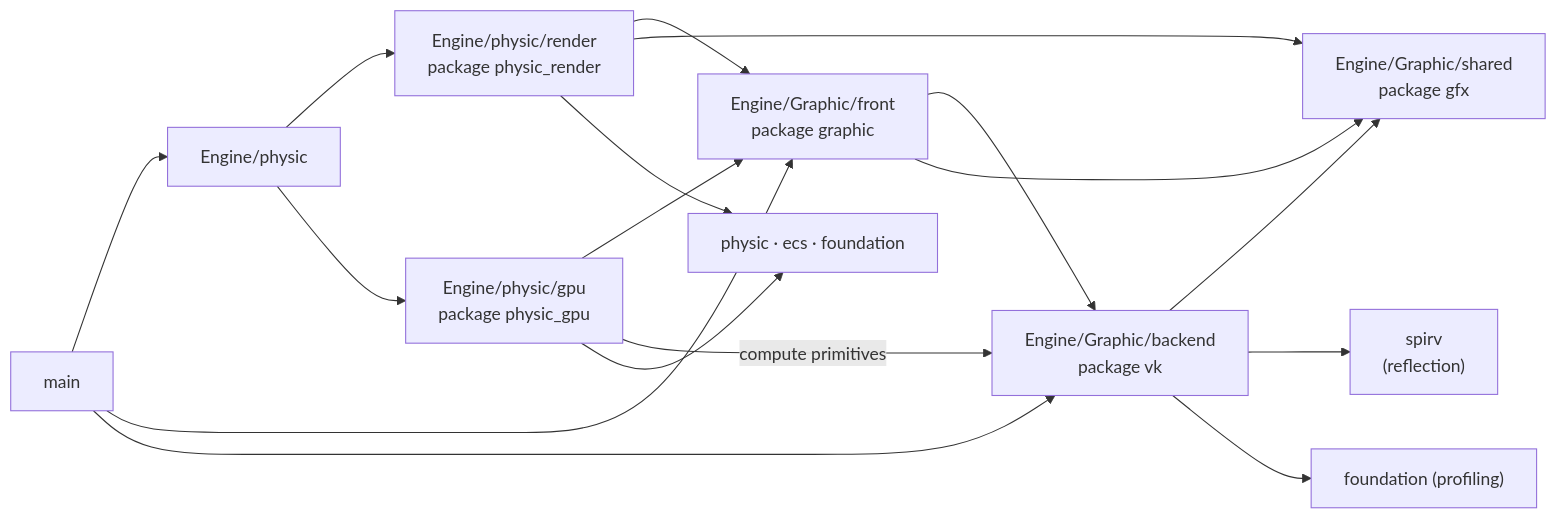
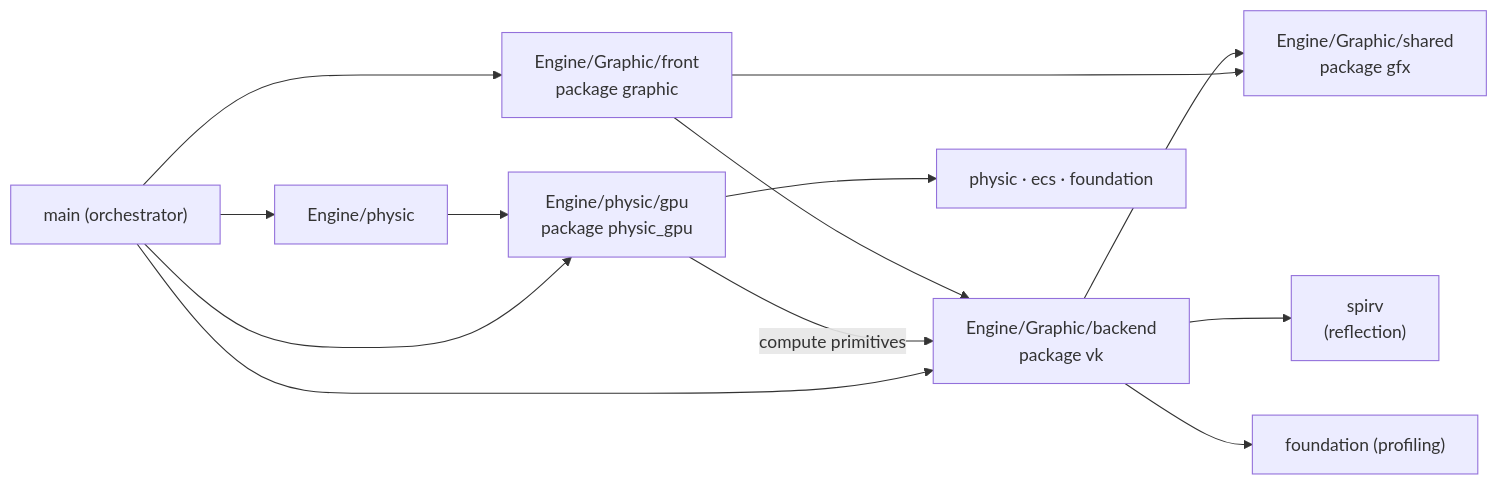
The first of 5 diagrams in docs/renderer.md (TanukiConDos/Gravity-Simulator), drawn with Mermaid before and after one commit. The commit also changed other lines of this file and 5 other files, not shown here.

First line of the commit message:
docs: main owns the frame-source adapter as orchestrator

````diff
--- a/docs/renderer.md
+++ b/docs/renderer.md
@@ -26,19 +26,15 @@
 ```mermaid
 flowchart LR
-    main["main"] --> physic["Engine/physic"]
-    physic --> render["Engine/physic/render<br/>package physic_render"]
-    physic --> pgpu["Engine/physic/gpu<br/>package physic_gpu"]
-    render --> front["Engine/Graphic/front<br/>package graphic"]
-    pgpu --> front
-    front --> backend["Engine/Graphic/backend<br/>package vk"]
+    main["main (orchestrator)"] --> physic["Engine/physic"]
+    main --> front["Engine/Graphic/front<br/>package graphic"]
+    main --> backend["Engine/Graphic/backend<br/>package vk"]
+    main --> pgpu["Engine/physic/gpu<br/>package physic_gpu"]
+    physic --> pgpu
     pgpu -->|"compute primitives"| backend
+    front --> backend
     front --> shared["Engine/Graphic/shared<br/>package gfx"]
     backend --> shared
     backend --> spirv["spirv<br/>(reflection)"]
     backend --> foundation["foundation (profiling)"]
-    render --> shared
     pgpu --> eng["physic · ecs · foundation"]
-    render --> eng
-    main --> front
-    main --> backend
 ```
````
